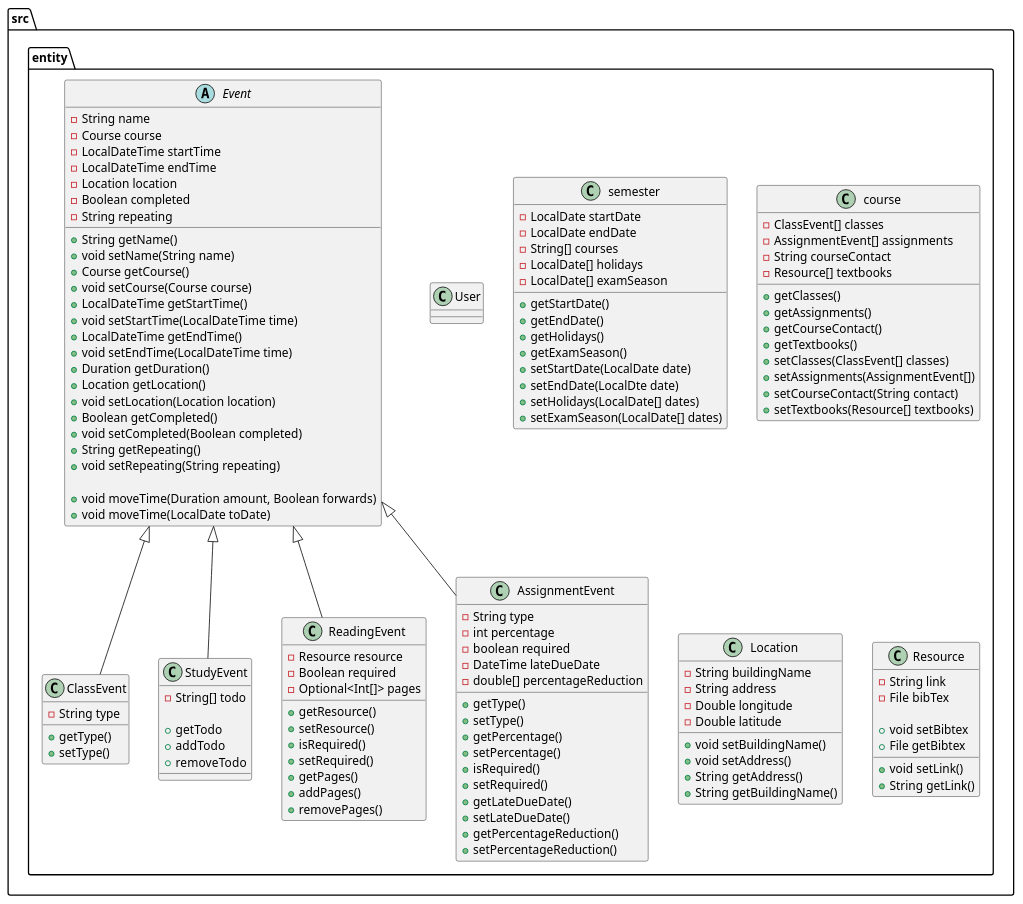
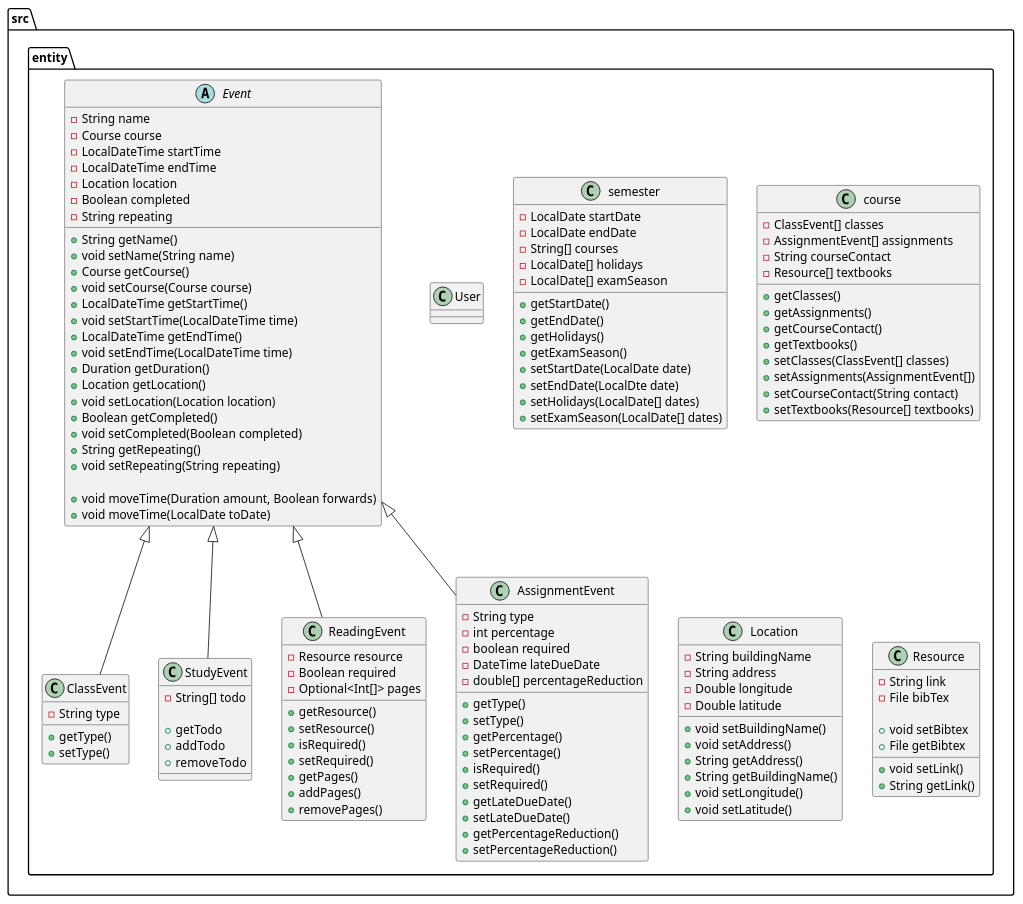
Before and after one commit to Rafiah-n/AcademiCal: the diagram in DESIGN.puml, drawn with PlantUML.

Commit message:
"added longitude and latitude"

```diff
--- a/DESIGN.puml
+++ b/DESIGN.puml
@@ -1,151 +1,153 @@
 @startuml
 
 folder src {
 
     folder entity {
 
         abstract Event {
             - String name
             - Course course
             - LocalDateTime startTime
             - LocalDateTime endTime
             - Location location
             - Boolean completed
             - String repeating  /' weekly, monthly, daily, biweekly... '/
                                 /' could probably use a better type than String '/
 
             + String getName()
             + void setName(String name)
             + Course getCourse()
             + void setCourse(Course course)
             + LocalDateTime getStartTime()
             + void setStartTime(LocalDateTime time)
             + LocalDateTime getEndTime()
             + void setEndTime(LocalDateTime time)
             + Duration getDuration()
             + Location getLocation()
             + void setLocation(Location location)
             + Boolean getCompleted()
             + void setCompleted(Boolean completed)
             + String getRepeating()
             + void setRepeating(String repeating)
 
             ' Moves start and end times in unison
             + void moveTime(Duration amount, Boolean forwards)
             + void moveTime(LocalDate toDate)
         }
 
         class ClassEvent extends Event {
             - String type
 
             + getType()
             + setType()
         }
 
         class StudyEvent extends Event {
             - String[] todo
 
             + getTodo
             + addTodo
             + removeTodo
         }
 
         class ReadingEvent extends Event {
             - Resource resource
             - Boolean required
             - Optional<Int[]> pages
 
             + getResource()
             + setResource()
             + isRequired()
             + setRequired()
             + getPages()
             + addPages()
             + removePages()
         }
 
         class AssignmentEvent extends Event {
             - String type
             - int percentage
             - boolean required
             - DateTime lateDueDate
             - double[] percentageReduction
 
 
             + getType()
             + setType()
             + getPercentage()
             + setPercentage()
             + isRequired()
             + setRequired()
             + getLateDueDate()
             + setLateDueDate()
             + getPercentageReduction()
             + setPercentageReduction()
         }
 
         class User {
             ' Unimplemented for now
         }
 
         class semester{
             - LocalDate startDate
             - LocalDate endDate
             - String[] courses
             - LocalDate[] holidays
             - LocalDate[] examSeason
 
             + getStartDate()
             + getEndDate()
             + getHolidays()
             + getExamSeason()
             + setStartDate(LocalDate date)
             + setEndDate(LocalDte date)
             + setHolidays(LocalDate[] dates)
             + setExamSeason(LocalDate[] dates)
         }
 
         class course {
             - ClassEvent[] classes
             - AssignmentEvent[] assignments
             - String courseContact
             - Resource[] textbooks
 
             + getClasses()
             + getAssignments()
             + getCourseContact()
             + getTextbooks()
             + setClasses(ClassEvent[] classes)
             + setAssignments(AssignmentEvent[])
             + setCourseContact(String contact)
             + setTextbooks(Resource[] textbooks)
         }
 
         class Location{
             - String buildingName
             - String address
             - Double longitude
             - Double latitude
 
             + void setBuildingName()
             + void setAddress()
             + String getAddress()
             + String getBuildingName()
+            + void setLongitude()
+            + void setLatitude()
         }
 
         class Resource{
             - String link
             - File bibTex
 
             + void setLink()
             + String getLink()
             + void setBibtex
             + File getBibtex
         }
 
     }  /' folder entity '/
 
 
 }  /' folder src '/
 
 @enduml
```
